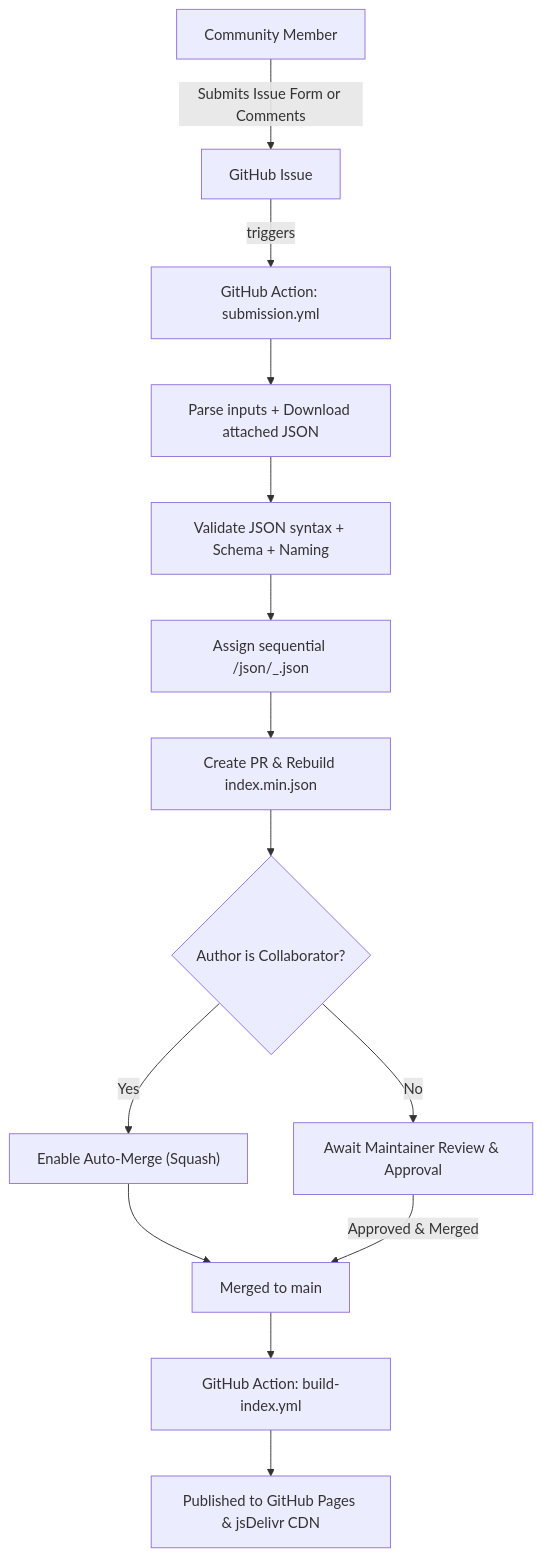
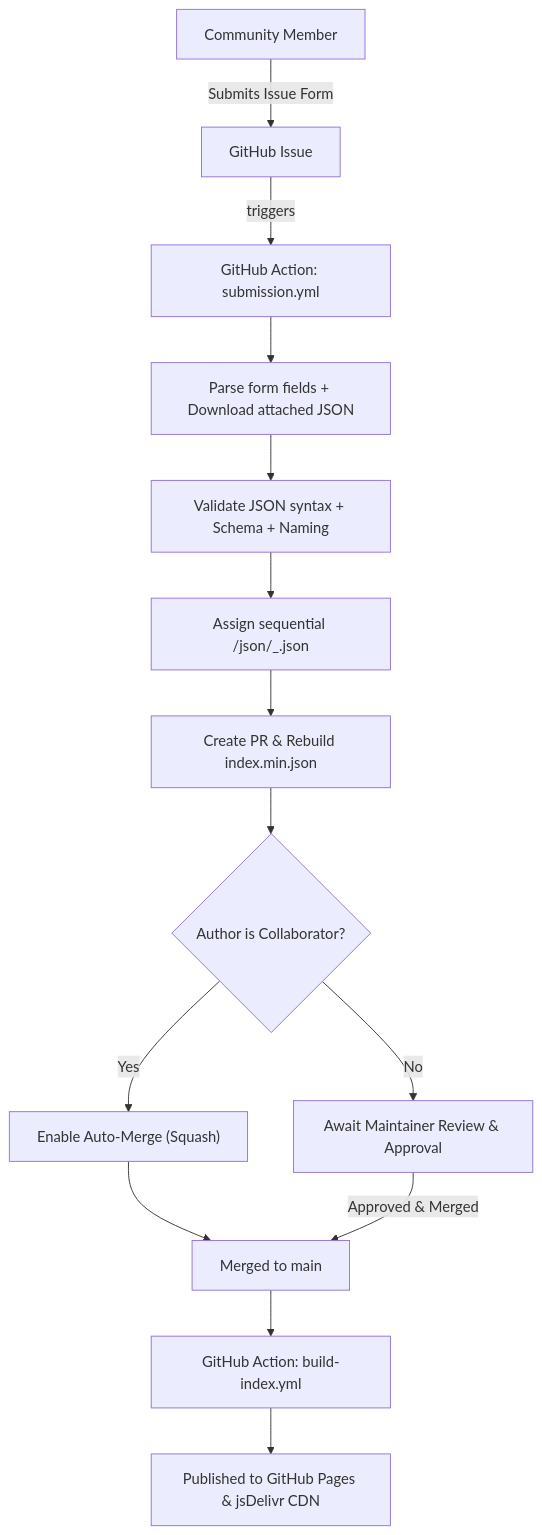
One commit to DistantMyth/kytyps5-modules changed the diagram in README.md. Above: the diagram before and after it, drawn with Mermaid. The commit also changed other lines of this file and 3 other files, not shown here.

````diff
--- a/README.md
+++ b/README.md
@@ -70,20 +62,20 @@
 ```mermaid
 flowchart TD
-    User["Community Member"] -->|Submits Issue Form or Comments| Issue["GitHub Issue"]
+    User["Community Member"] -->|Submits Issue Form| Issue["GitHub Issue"]
     Issue -->|triggers| Wf["GitHub Action: submission.yml"]
     
-    Wf --> Parse["Parse inputs + Download attached JSON"]
+    Wf --> Parse["Parse form fields + Download attached JSON"]
     Parse --> Validate["Validate JSON syntax + Schema + Naming"]
     Validate --> Rename["Assign sequential <category>/json/<name>_<index>.json"]
     Rename --> OpenPR["Create PR & Rebuild index.min.json"]
     
     OpenPR --> CheckAuth{"Author is Collaborator?"}
     CheckAuth -->|Yes| AutoMerge["Enable Auto-Merge (Squash)"]
     CheckAuth -->|No| Review["Await Maintainer Review & Approval"]
     
     AutoMerge --> Merge["Merged to main"]
     Review -->|Approved & Merged| Merge
     
     Merge --> BuildIndex["GitHub Action: build-index.yml"]
     BuildIndex --> CDN["Published to GitHub Pages & jsDelivr CDN"]
 ```
````
